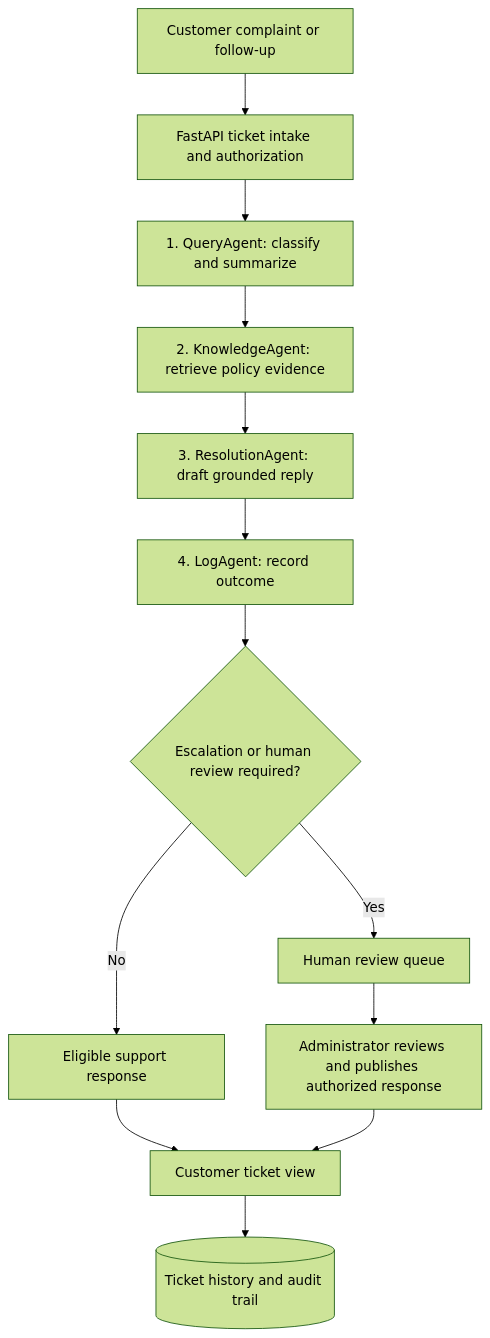
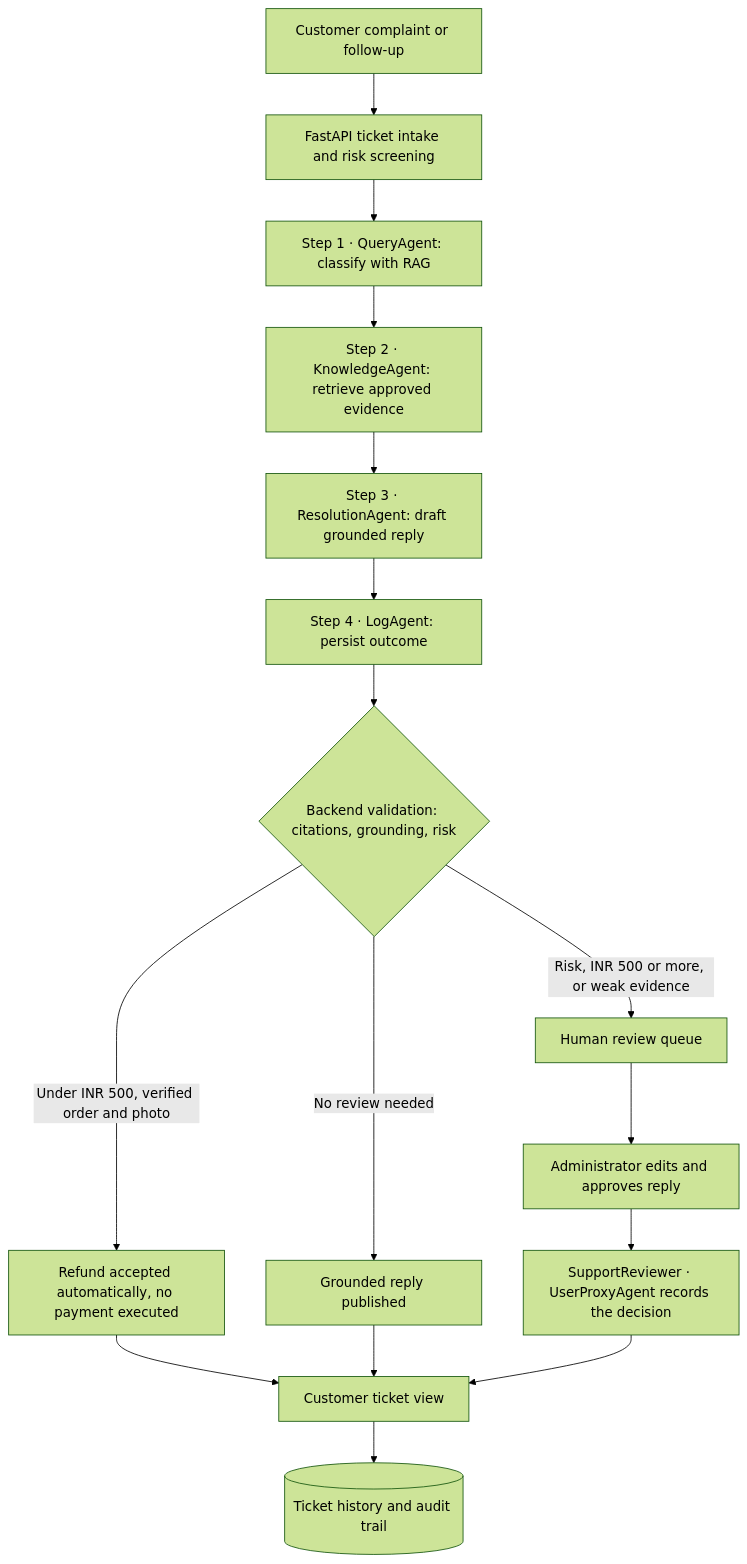
Before and after one commit to poovizhimangaipatchirajan/AI-Customer-Support-Multigent--Autogen: the second of 2 diagrams in README.md, drawn with Mermaid (forest theme). The commit also changed other lines of this file, not shown here.

First line of the commit message:
docs: fix README Mermaid diagrams for GitHub rendering

````diff
--- a/README.md
+++ b/README.md
@@ -80,15 +82,18 @@
 ```mermaid
 flowchart TD
-    IN[Customer complaint or follow-up] --> T[FastAPI ticket intake and authorization]
-    T --> Q[1. QueryAgent: classify and summarize]
-    Q --> K[2. KnowledgeAgent: retrieve policy evidence]
-    K --> R[3. ResolutionAgent: draft grounded reply]
-    R --> L[4. LogAgent: record outcome]
-    L --> POLICY{Escalation or human review required?}
-    POLICY -->|Yes| H[Human review queue]
-    POLICY -->|No| SAFE[Eligible support response]
-    H --> ADMIN[Administrator reviews and publishes authorized response]
-    SAFE --> OUT[Customer ticket view]
-    ADMIN --> OUT
-    OUT --> AUDIT[(Ticket history and audit trail)]
+    IN["Customer complaint or follow-up"] --> T["FastAPI ticket intake and risk screening"]
+    T --> Q["Step 1 · QueryAgent: classify with RAG"]
+    Q --> K["Step 2 · KnowledgeAgent: retrieve approved evidence"]
+    K --> R["Step 3 · ResolutionAgent: draft grounded reply"]
+    R --> L["Step 4 · LogAgent: persist outcome"]
+    L --> CHECK{"Backend validation: citations, grounding, risk"}
+    CHECK -->|"Under INR 500, verified order and photo"| AUTO["Refund accepted automatically, no payment executed"]
+    CHECK -->|"No review needed"| SAFE["Grounded reply published"]
+    CHECK -->|"Risk, INR 500 or more, or weak evidence"| H["Human review queue"]
+    H --> ADMIN["Administrator edits and approves reply"]
+    ADMIN --> HITL["SupportReviewer · UserProxyAgent records the decision"]
+    AUTO --> OUT["Customer ticket view"]
+    SAFE --> OUT
+    HITL --> OUT
+    OUT --> AUDIT[("Ticket history and audit trail")]
 ```
````
